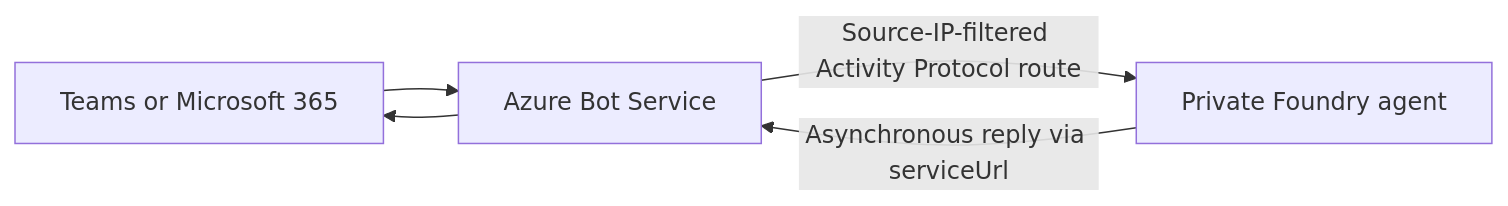
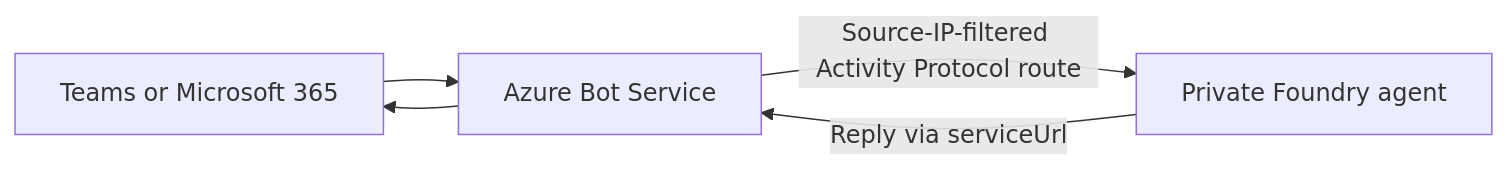
Before and after one commit to Heenanl/Foundry_EnterpriseAgents: the diagram in README.md, drawn with Mermaid. The commit also changed other lines of this file and 22 other files, not shown here.

````diff
--- a/README.md
+++ b/README.md
@@ -38,7 +23,7 @@
 ```mermaid
 flowchart LR
   T[Teams or Microsoft 365] --> B[Azure Bot Service]
   B -->|Source-IP-filtered Activity Protocol route| F[Private Foundry agent]
-  F -->|Asynchronous reply via serviceUrl| B
+  F -->|Reply via serviceUrl| B
   B --> T
 ```
````
